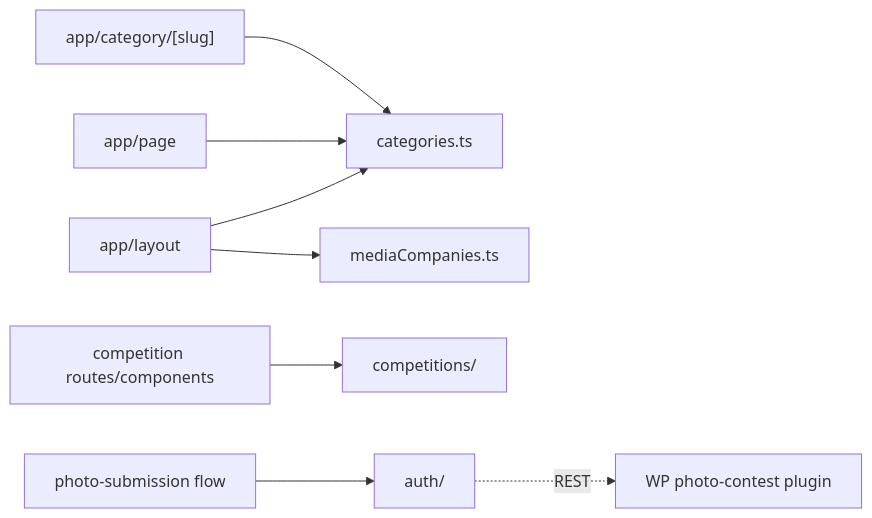
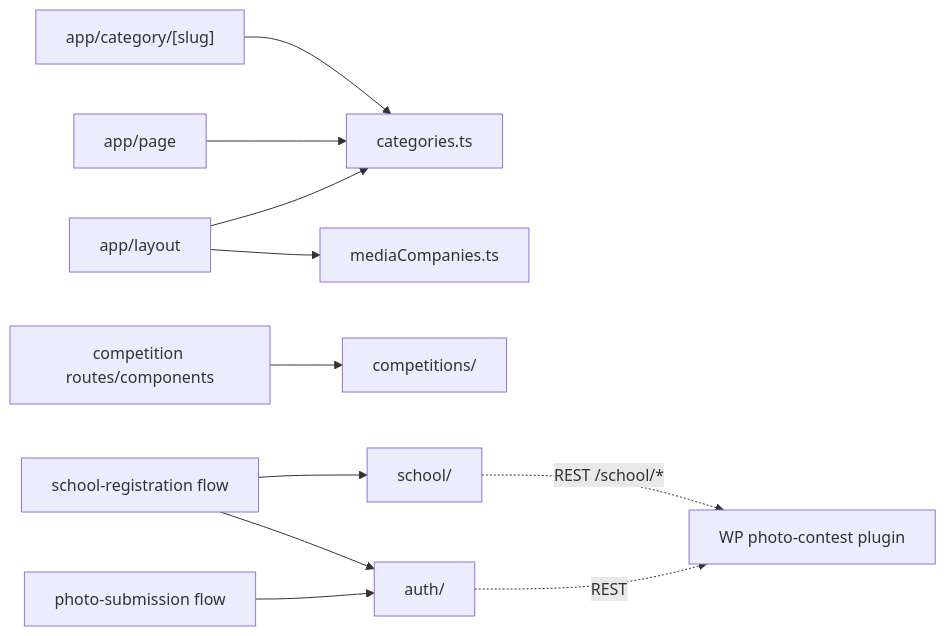
Before and after one commit to huuaho/umg-headless: the diagram in docs/codebase/apps/umg/lib/README.md, drawn with Mermaid. The commit also changed other lines of this file and 29 other files, not shown here.

````diff
--- a/docs/codebase/apps/umg/lib/README.md
+++ b/docs/codebase/apps/umg/lib/README.md
@@ -14,10 +15,13 @@
 ```mermaid
 graph LR
   layout["app/layout"] --> categories["categories.ts"]
   layout --> mediaCompanies["mediaCompanies.ts"]
   home["app/page"] --> categories
   catRoute["app/category/[slug]"] --> categories
   compPages["competition routes/components"] --> competitions["competitions/"]
   submission["photo-submission flow"] --> auth["auth/"]
+  schoolFlow["school-registration flow"] --> auth
+  schoolFlow --> school["school/"]
   auth -.REST.-> plugin["WP photo-contest plugin"]
+  school -.REST /school/*.-> plugin
 ```
````
